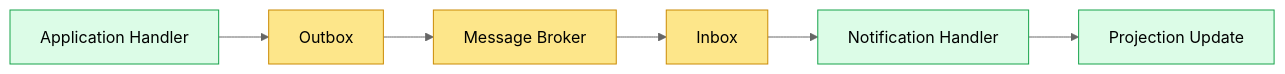
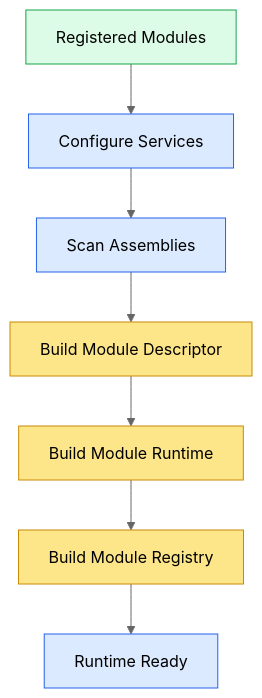
Before and after one commit to soufiane-rizk/Jobwize: the second of 3 diagrams in docs/architecture/09-runtime.md, drawn with Mermaid (neutral theme). The commit also changed other lines of this file and 164 other files, not shown here.

First line of the commit message:
Establish Backend Architecture Foundation (#23)

````diff
--- a/docs/architecture/09-runtime.md
+++ b/docs/architecture/09-runtime.md
@@ -227,27 +138,37 @@
 ```mermaid
-flowchart LR
+flowchart TD
 
-    Handler["Application Handler"]
+    Modules["Registered Modules"]
 
-    Outbox["Outbox"]
+    Configure["Configure Services"]
 
-    Broker["Message Broker"]
+    Scan["Scan Assemblies"]
 
-    Inbox["Inbox"]
+    Descriptor["Build Module Descriptor"]
 
-    Notification["Notification Handler"]
+    Runtime["Build Module Runtime"]
 
-    Projection["Projection Update"]
+    Registry["Build Module Registry"]
 
-    Handler --> Outbox
-    Outbox --> Broker
-    Broker --> Inbox
-    Inbox --> Notification
-    Notification --> Projection
+    Ready["Runtime Ready"]
 
-    classDef application fill:#dcfce7,stroke:#16a34a,color:#000;
-    classDef infrastructure fill:#fde68a,stroke:#ca8a04,color:#000;
+    Modules --> Configure
 
-    class Handler,Notification,Projection application;
-    class Outbox,Broker,Inbox infrastructure;
+    Configure --> Scan
+
+    Scan --> Descriptor
+
+    Descriptor --> Runtime
+
+    Runtime --> Registry
+
+    Registry --> Ready
+
+    classDef module fill:#dcfce7,stroke:#16a34a,color:#000;
+    classDef runtime fill:#fde68a,stroke:#ca8a04,color:#000;
+    classDef infrastructure fill:#dbeafe,stroke:#2563eb,color:#000;
+
+    class Modules module;
+    class Descriptor,Runtime,Registry runtime;
+    class Configure,Scan,Ready infrastructure;
 ```
````
